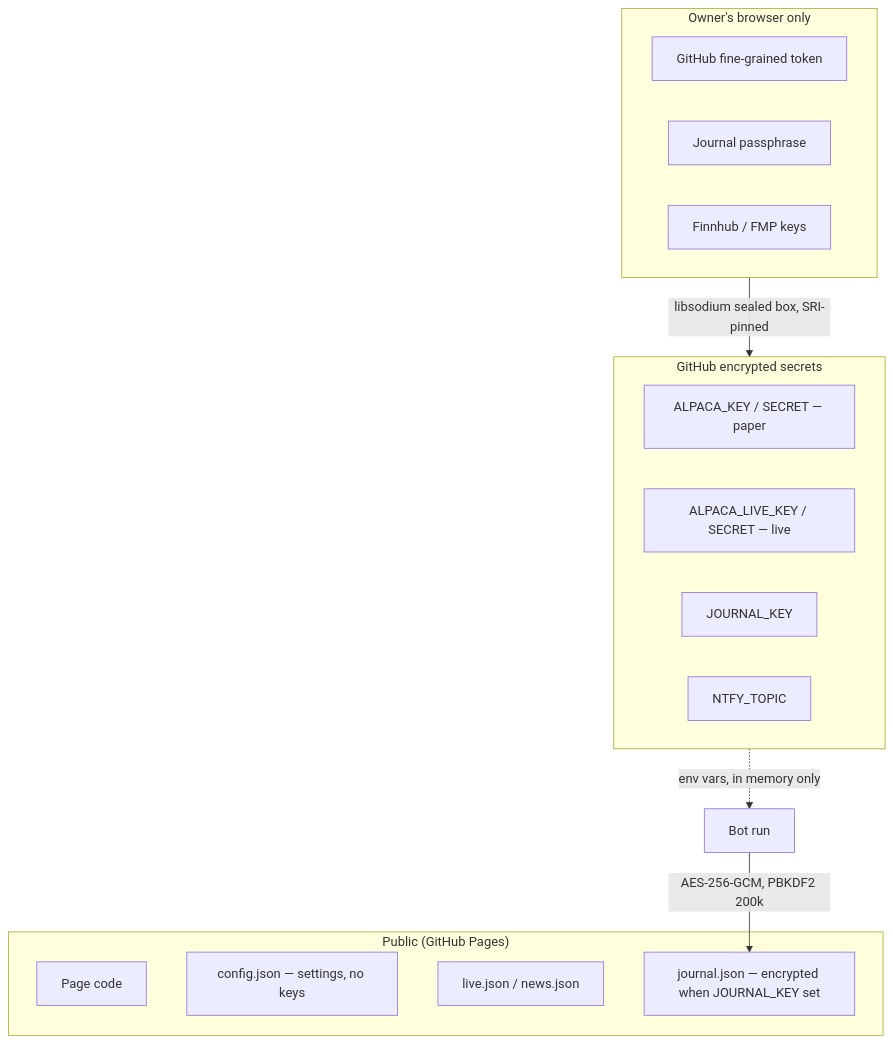
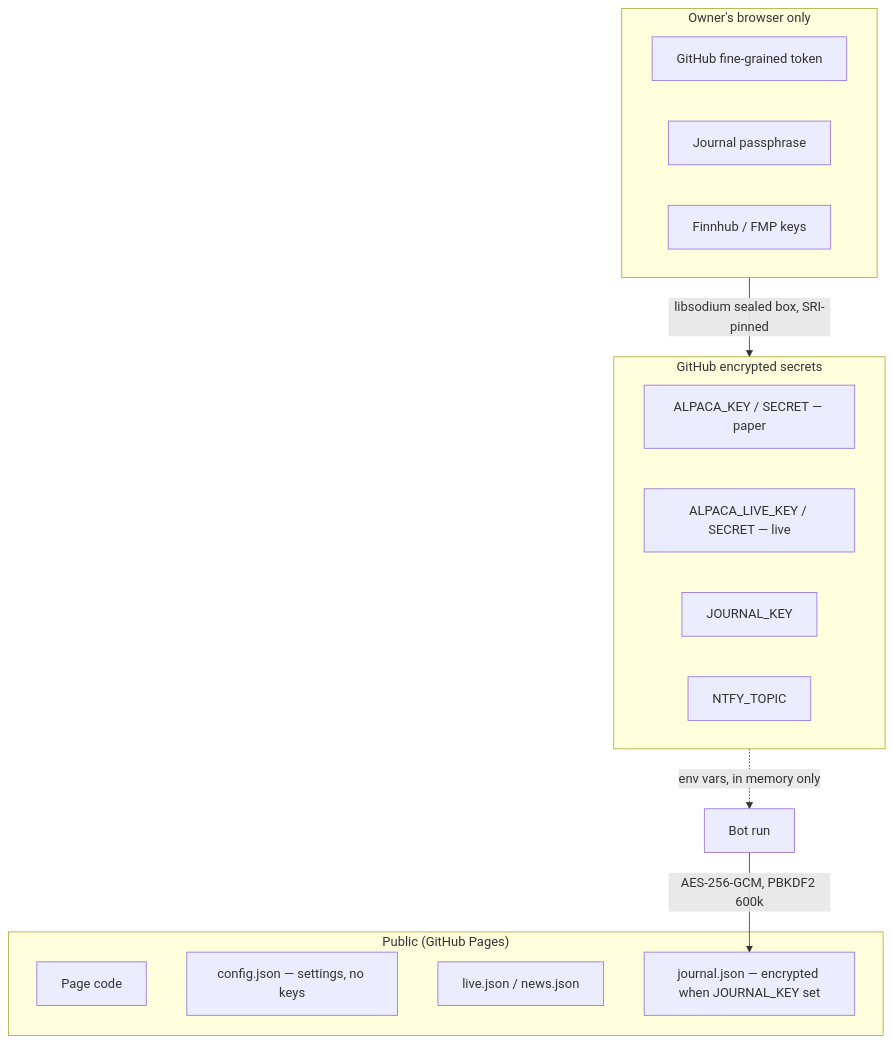
The seventh of 7 diagrams in docs/ARCHITECTURE.md (harimula/signal-desk), drawn with Mermaid before and after one commit. The commit also changed other lines of this file and 10 other files, not shown here.

````diff
--- a/docs/ARCHITECTURE.md
+++ b/docs/ARCHITECTURE.md
@@ -387,23 +393,23 @@
 ```mermaid
 flowchart TB
   subgraph Public["Public (GitHub Pages)"]
     P1[Page code]
     P2[config.json — settings, no keys]
     P3[live.json / news.json]
     P4[journal.json — encrypted when JOURNAL_KEY set]
   end
   subgraph Browser["Owner's browser only"]
     B1[GitHub fine-grained token]
     B2[Journal passphrase]
     B3[Finnhub / FMP keys]
   end
   subgraph Secrets["GitHub encrypted secrets"]
     S1[ALPACA_KEY / SECRET — paper]
     S2[ALPACA_LIVE_KEY / SECRET — live]
     S3[JOURNAL_KEY]
     S4[NTFY_TOPIC]
   end
   Browser -->|libsodium sealed box, SRI-pinned| Secrets
   Secrets -.->|env vars, in memory only| Bot[Bot run]
-  Bot -->|AES-256-GCM, PBKDF2 200k| P4
+  Bot -->|AES-256-GCM, PBKDF2 600k| P4
 ```
````
